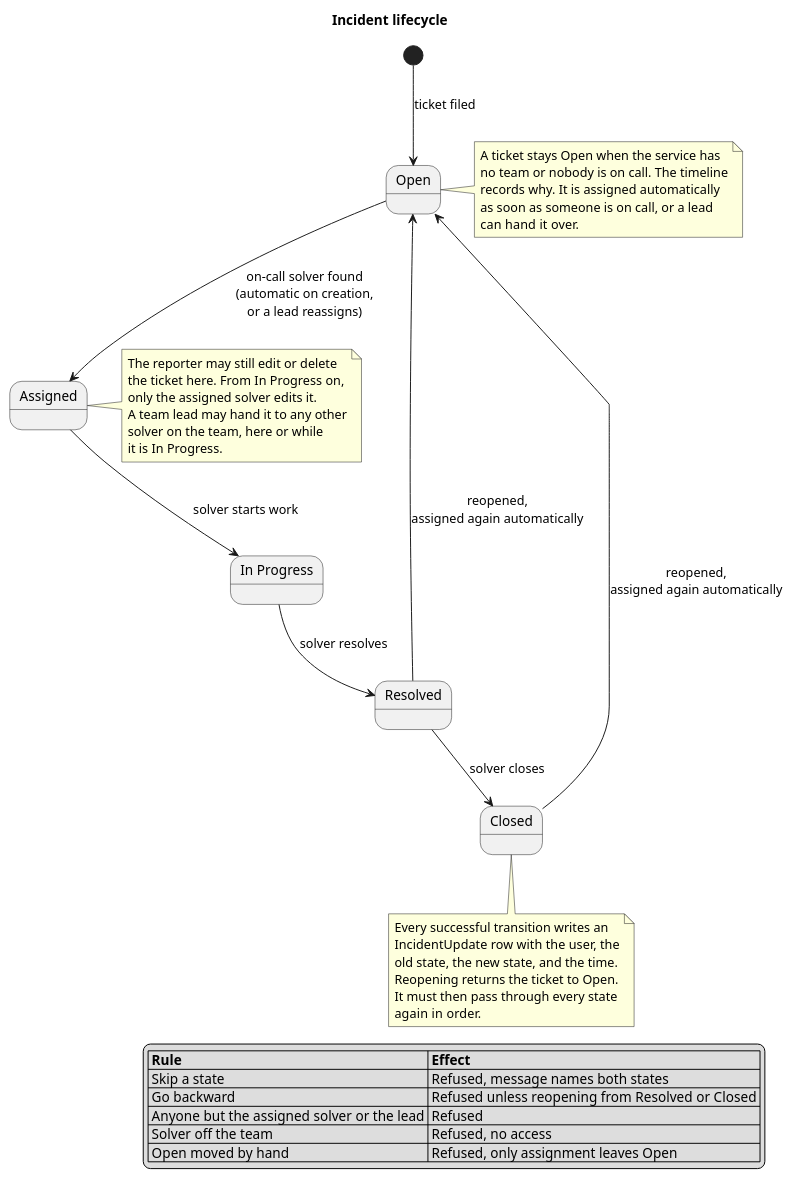
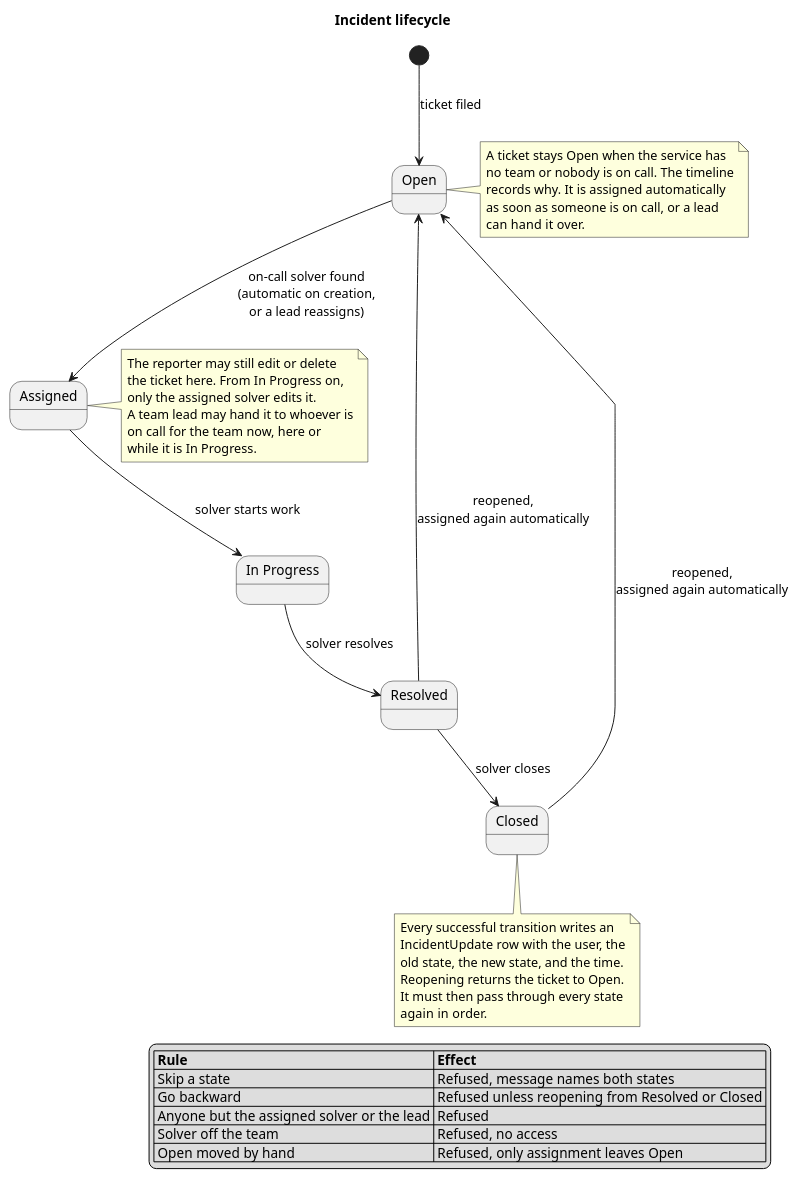
One commit to ZiedRbd/COSC-3339-Fall-2026-Term-Project changed the diagram in docs/incident-state-machine.puml. Above: the diagram before and after it, drawn with PlantUML. The commit also changed 8 other files, not shown here.

Commit message:
Shifts cannot start in the past, are at most 12 hours, never two in a row; editing a boundary moves the neighbour; reassign only to the solver on call

```diff
--- a/docs/incident-state-machine.puml
+++ b/docs/incident-state-machine.puml
@@ -1,49 +1,49 @@
 @startuml
 title Incident lifecycle
 
 [*] --> Open : ticket filed
 
 state "In Progress" as InProgress
 
 Open --> Assigned : on-call solver found\n(automatic on creation,\nor a lead reassigns)
 Assigned --> InProgress : solver starts work
 InProgress --> Resolved : solver resolves
 Resolved --> Closed : solver closes
 Resolved --> Open : reopened,\nassigned again automatically
 Closed --> Open : reopened,\nassigned again automatically
 
 note right of Open
   A ticket stays Open when the service has
   no team or nobody is on call. The timeline
   records why. It is assigned automatically
   as soon as someone is on call, or a lead
   can hand it over.
 end note
 
 note right of Assigned
   The reporter may still edit or delete
   the ticket here. From In Progress on,
   only the assigned solver edits it.
-  A team lead may hand it to any other
-  solver on the team, here or while
-  it is In Progress.
+  A team lead may hand it to whoever is
+  on call for the team now, here or
+  while it is In Progress.
 end note
 
 note bottom of Closed
   Every successful transition writes an
   IncidentUpdate row with the user, the
   old state, the new state, and the time.
   Reopening returns the ticket to Open.
   It must then pass through every state
   again in order.
 end note
 
 legend right
   |= Rule |= Effect |
   | Skip a state | Refused, message names both states |
   | Go backward | Refused unless reopening from Resolved or Closed |
   | Anyone but the assigned solver or the lead | Refused |
   | Solver off the team | Refused, no access |
   | Open moved by hand | Refused, only assignment leaves Open |
 endlegend
 @enduml
```
